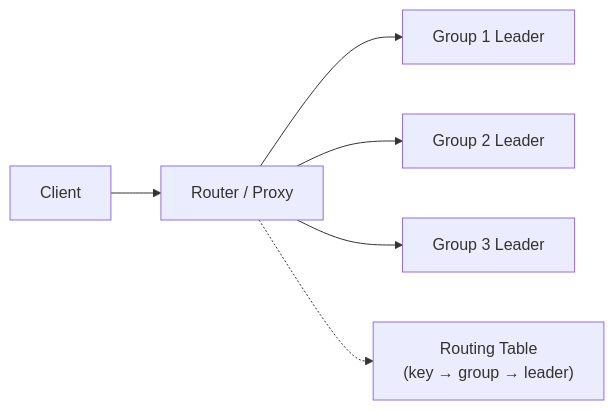
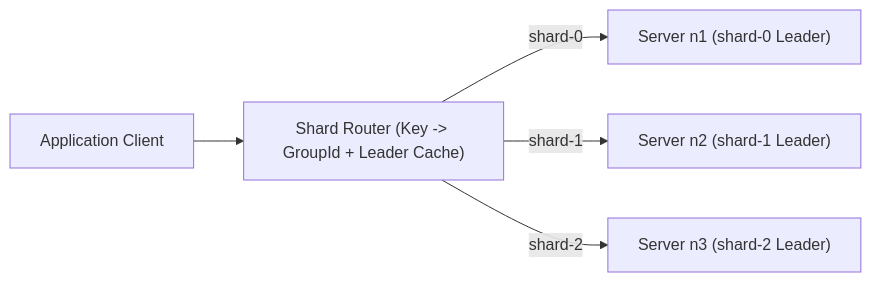
One commit to bmscomp/raft changed the third of 5 diagrams in docs/book/21-multi-raft-groups.md. Above: the diagram before and after it, drawn with Mermaid. The commit also changed other lines of this file and 12 other files, not shown here.

````diff
--- a/docs/book/21-multi-raft-groups.md
+++ b/docs/book/21-multi-raft-groups.md
@@ -107,10 +79,7 @@
 ```mermaid
 flowchart LR
-    C["Client"] --> R["Router / Proxy"]
-    R --> G1["Group 1 Leader"]
-    R --> G2["Group 2 Leader"]
-    R --> G3["Group 3 Leader"]
-
-    RT["Routing Table\n(key → group → leader)"]
-    R -.-> RT
+    C["Application Client"] --> R["Shard Router (Key -> GroupId + Leader Cache)"]
+    R -->|"shard-0"| L0["Server n1 (shard-0 Leader)"]
+    R -->|"shard-1"| L1["Server n2 (shard-1 Leader)"]
+    R -->|"shard-2"| L2["Server n3 (shard-2 Leader)"]
 ```
````
